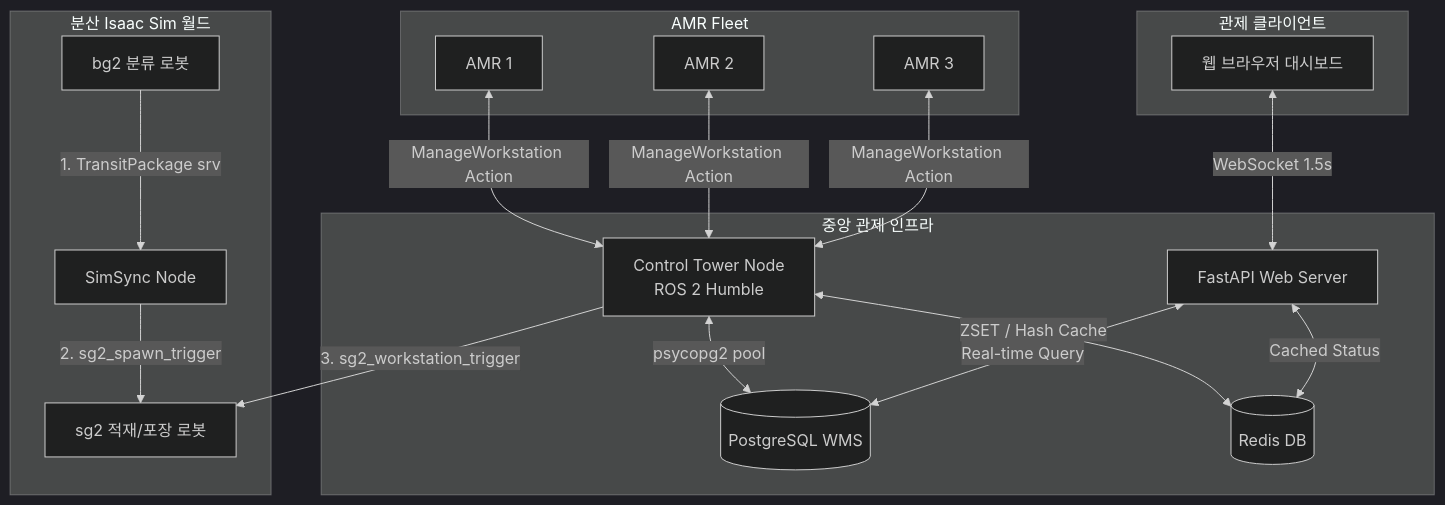
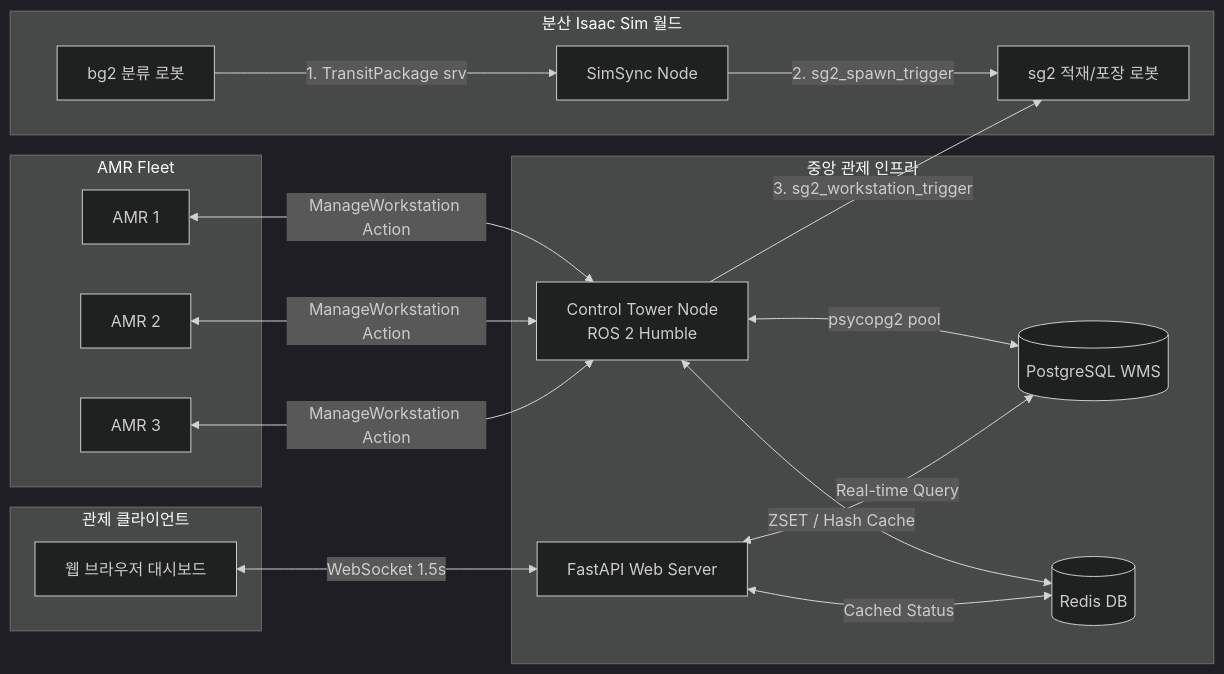
The first of 2 diagrams in docs/PROJECT_OVERVIEW.md (yjhyun0613/cobot3_ws), drawn with Mermaid (dark theme) before and after one commit. The commit also changed other lines of this file and 14 other files, not shown here.

````diff
--- a/docs/PROJECT_OVERVIEW.md
+++ b/docs/PROJECT_OVERVIEW.md
@@ -12,25 +12,25 @@
 ```mermaid
-graph TD
+graph LR
     subgraph Core [중앙 관제 인프라]
         CT[Control Tower Node<br>ROS 2 Humble] <-->|psycopg2 pool| SQL[(PostgreSQL WMS)]
         CT <-->|ZSET / Hash Cache| Redis[(Redis DB)]
         Dash[FastAPI Web Server] <-->|Real-time Query| SQL
         Dash <-->|Cached Status| Redis
     end
 
     subgraph Sim [분산 Isaac Sim 월드]
         BG2[bg2 분류 로봇] -->|1. TransitPackage srv| Sync[SimSync Node]
         Sync -->|2. sg2_spawn_trigger| SG2[sg2 적재/포장 로봇]
         CT -->|3. sg2_workstation_trigger| SG2
     end
 
     subgraph Fleet [AMR Fleet]
         AMR_01[AMR 1] <-->|ManageWorkstation Action| CT
         AMR_02[AMR 2] <-->|ManageWorkstation Action| CT
         AMR_03[AMR 3] <-->|ManageWorkstation Action| CT
     end
 
     subgraph Client [관제 클라이언트]
         Browser[웹 브라우저 대시보드] <-->|WebSocket 1.5s| Dash
     end
 ```
````
